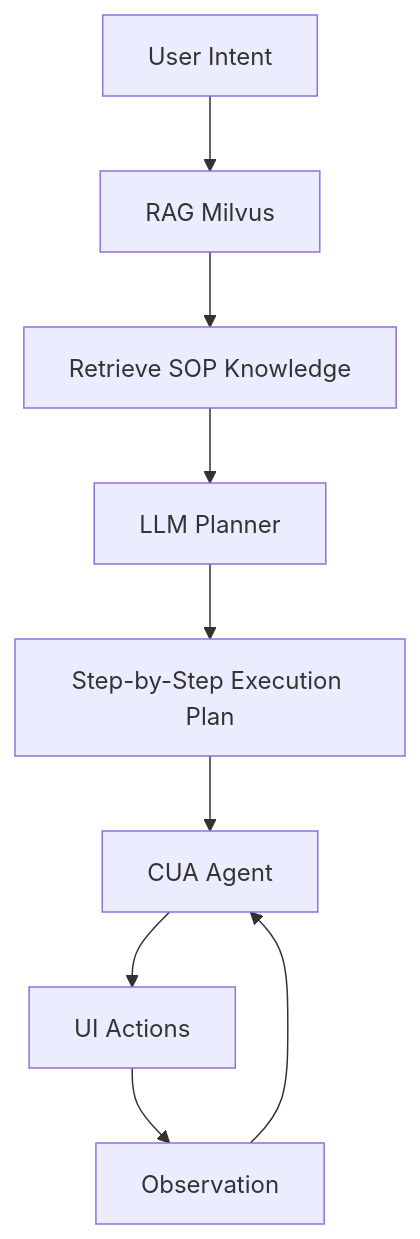
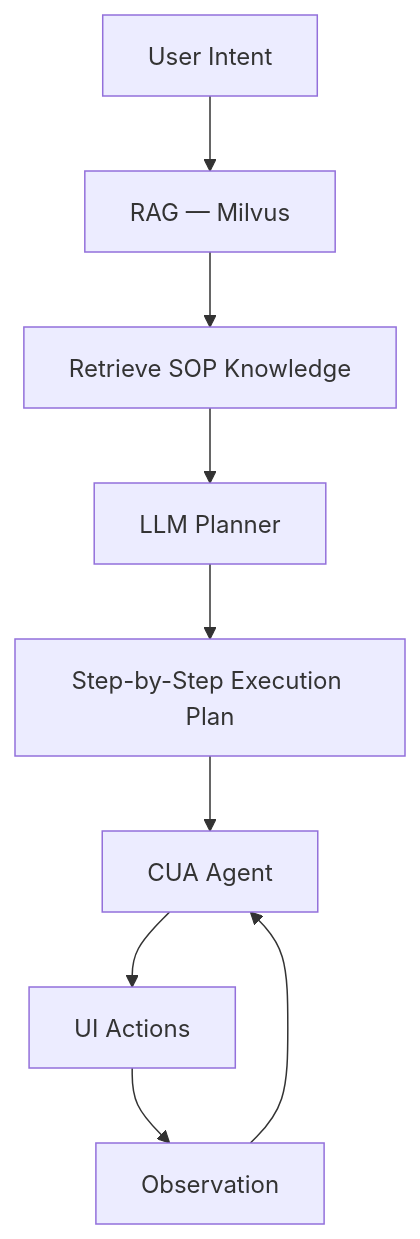
Before and after one commit to pypi-ahmad/pypi-ahmad: the second of 3 diagrams in README.md, drawn with Mermaid. The commit also changed other lines of this file, not shown here.

````diff
--- a/README.md
+++ b/README.md
@@ -390,11 +224,11 @@
 ```mermaid
 graph TD;
-    A[User Intent] --> B[RAG Milvus];
+    A[User Intent] --> B[RAG — Milvus];
     B --> C[Retrieve SOP Knowledge];
     C --> D[LLM Planner];
     D --> E[Step-by-Step Execution Plan];
     E --> F[CUA Agent];
     F --> G[UI Actions];
     G --> H[Observation];
     H --> F;
 ```
````
